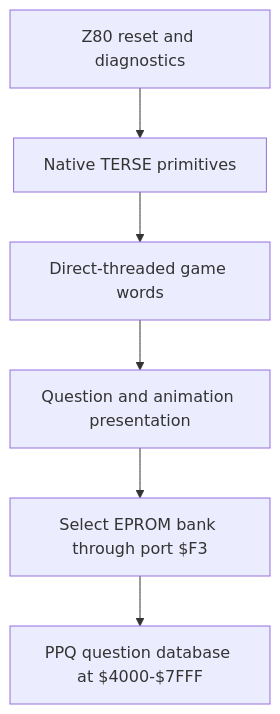
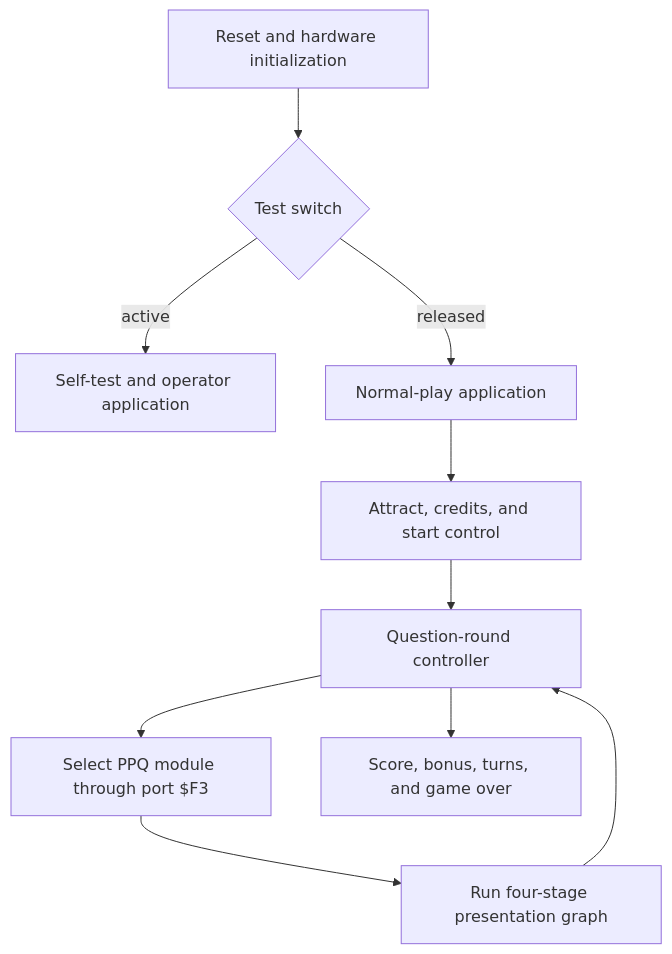
One commit to lizard43/profpac changed the first of 2 diagrams in README.md. Above: the diagram before and after it, drawn with Mermaid. The commit also changed other lines of this file, not shown here.

````diff
--- a/README.md
+++ b/README.md
@@ -76,8 +33,12 @@
 ```mermaid
 flowchart TD
-    Reset["Z80 reset and diagnostics"] --> Runtime["Native TERSE primitives"]
-    Runtime --> Threaded["Direct-threaded game words"]
-    Threaded --> Presentation["Question and animation presentation"]
-    Presentation --> Bank["Select EPROM bank through port $F3"]
-    Bank --> Questions["PPQ question database at $4000-$7FFF"]
+    Reset["Reset and hardware initialization"] --> Mode{"Test switch"}
+    Mode -->|"active"| Test["Self-test and operator application"]
+    Mode -->|"released"| Main["Normal-play application"]
+    Main --> Attract["Attract, credits, and start control"]
+    Attract --> Round["Question-round controller"]
+    Round --> Bank["Select PPQ module through port $F3"]
+    Bank --> Present["Run four-stage presentation graph"]
+    Present --> Round
+    Round --> Result["Score, bonus, turns, and game over"]
 ```
````
